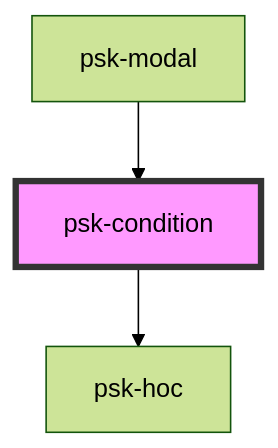
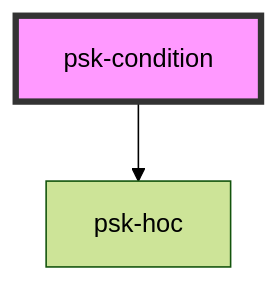
One commit to daniel-visoiu/cardinal changed the diagram in src/components/psk-condition/readme.md. Above: the diagram before and after it, drawn with Mermaid (forest theme). The commit also changed other lines of this file and 5 other files, not shown here.

````diff
--- a/src/components/psk-condition/readme.md
+++ b/src/components/psk-condition/readme.md
@@ -33,6 +29,5 @@
 ```mermaid
 graph TD;
   psk-condition --> psk-hoc
-  psk-modal --> psk-condition
   style psk-condition fill:#f9f,stroke:#333,stroke-width:4px
 ```
````
